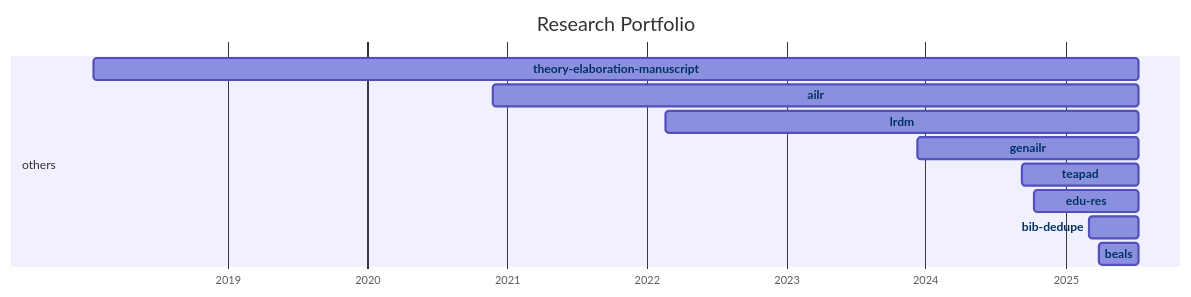
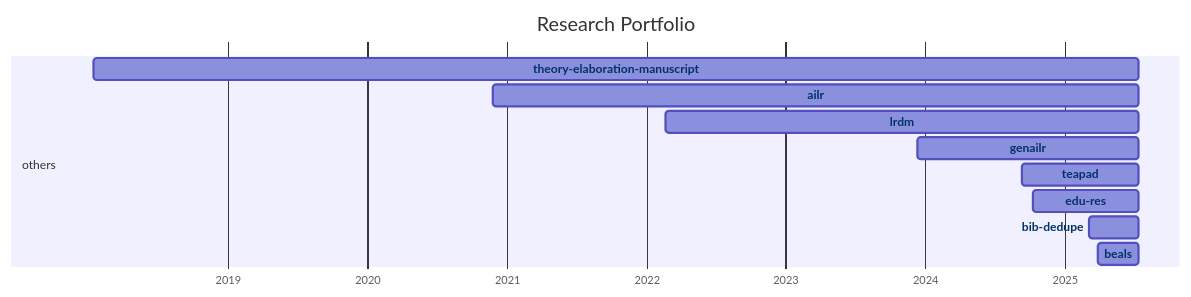
One commit to digital-work-lab/handbook changed the diagram in docs/20-research/25-projects-gantt.md. Above: the diagram before and after it, drawn with Mermaid. The commit also changed 2 other files, not shown here.

Commit message:
Update repository overview

````diff
--- a/docs/20-research/25-projects-gantt.md
+++ b/docs/20-research/25-projects-gantt.md
@@ -8,35 +8,35 @@
 ```mermaid
 ---
 displayMode: compact
 ---
 gantt
 title Research Portfolio
 dateFormat YYYY-MM-DD
 axisFormat %Y
 
     section work_practices
 
     section distributed_organizing
 
     section knowledge_synthesis
 
     section others
-        beals :beals, 2025-03-28, 2025-07-11
-        bib-dedupe :bib-dedupe, 2025-03-04, 2025-07-11
-        edu-res :edu-res, 2024-10-10, 2025-07-11
-        teapad :teapad, 2024-09-10, 2025-07-11
-        genailr :genailr, 2023-12-10, 2025-07-11
-        lrdm :lrdm, 2022-02-20, 2025-07-11
-        ailr :ailr, 2020-11-26, 2025-07-11
-        theory-elaboration-manuscript :theory-elaboration-manuscript, 2018-01-15, 2025-07-11
+        beals :beals, 2025-03-28, 2025-07-12
+        bib-dedupe :bib-dedupe, 2025-03-04, 2025-07-12
+        edu-res :edu-res, 2024-10-10, 2025-07-12
+        teapad :teapad, 2024-09-10, 2025-07-12
+        genailr :genailr, 2023-12-10, 2025-07-12
+        lrdm :lrdm, 2022-02-20, 2025-07-12
+        ailr :ailr, 2020-11-26, 2025-07-12
+        theory-elaboration-manuscript :theory-elaboration-manuscript, 2018-01-15, 2025-07-12
 
 
     click beals href "{{ site.baseurl }}/docs/10-lab/18-resources/beals.html"
     click bib-dedupe href "{{ site.baseurl }}/docs/10-lab/18-resources/bib-dedupe.html"
     click edu-res href "{{ site.baseurl }}/docs/10-lab/18-resources/edu-res.html"
     click teapad href "{{ site.baseurl }}/docs/10-lab/18-resources/teapad.html"
     click genailr href "{{ site.baseurl }}/docs/10-lab/18-resources/genailr.html"
     click lrdm href "{{ site.baseurl }}/docs/10-lab/18-resources/lrdm.html"
     click ailr href "{{ site.baseurl }}/docs/10-lab/18-resources/ailr.html"
     click theory-elaboration-manuscript href "{{ site.baseurl }}/docs/10-lab/18-resources/theory-elaboration-manuscript.html"
 ```
````
